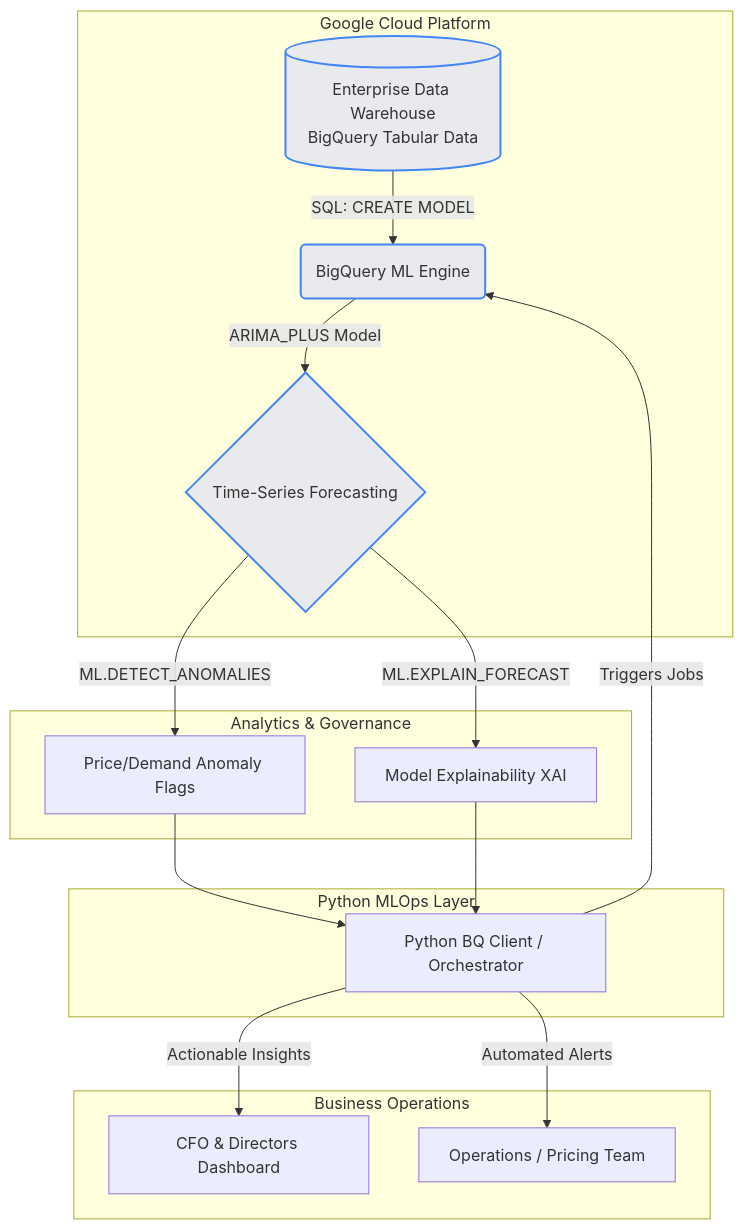
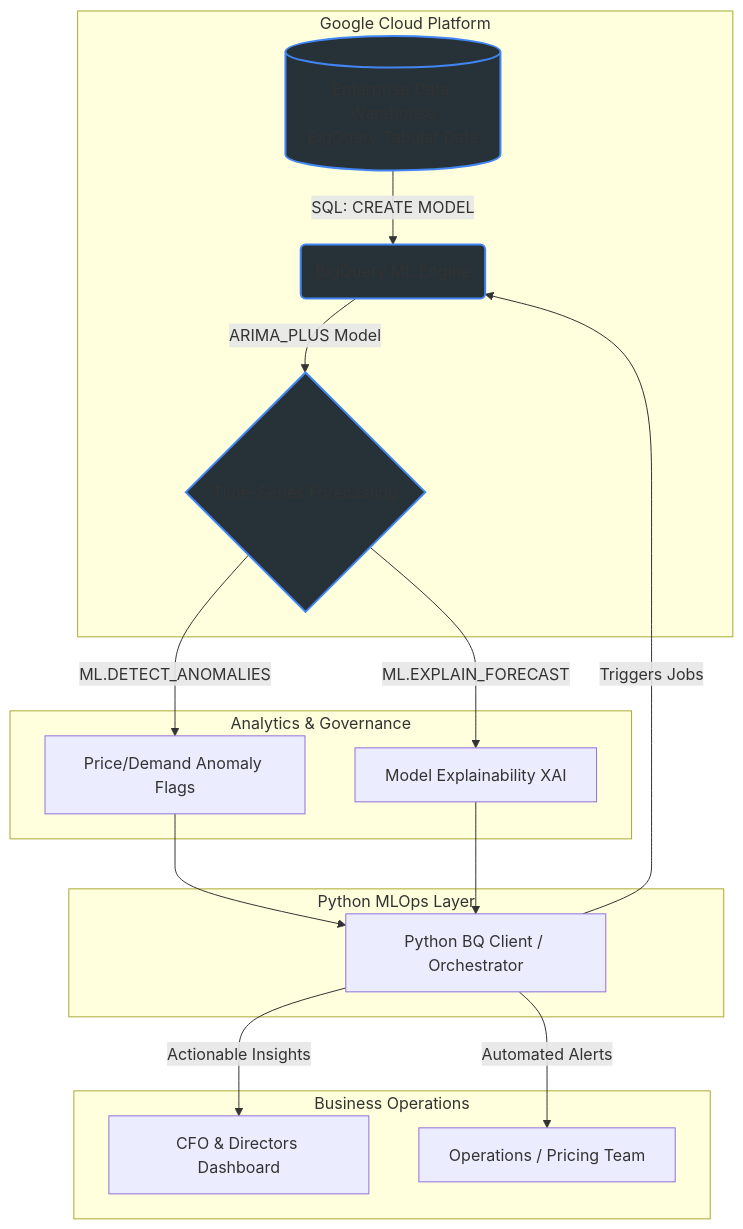
One commit to ferrosas2/helloworld changed the diagram in AI-Systems-Architecture/forecasting-anomaly-engine/README.md. Above: the diagram before and after it, drawn with Mermaid.

Commit message:
Fix GCP class definition color in architecture flow diagram in README

````diff
--- a/AI-Systems-Architecture/forecasting-anomaly-engine/README.md
+++ b/AI-Systems-Architecture/forecasting-anomaly-engine/README.md
@@ -9,26 +9,26 @@
 ```mermaid
 graph TD
     subgraph Google Cloud Platform
         A[(Enterprise Data Warehouse\nBigQuery Tabular Data)] -->|SQL: CREATE MODEL| B(BigQuery ML Engine)
         B -->|ARIMA_PLUS Model| C{Time-Series Forecasting}
     end
 
     subgraph Analytics & Governance
         C -->|ML.DETECT_ANOMALIES| D[Price/Demand Anomaly Flags]
         C -->|ML.EXPLAIN_FORECAST| E[Model Explainability XAI]
     end
 
     subgraph Python MLOps Layer
         F[Python BQ Client / Orchestrator] -->|Triggers Jobs| B
         D --> F
         E --> F
     end
 
     subgraph Business Operations
         F -->|Actionable Insights| G[CFO & Directors Dashboard]
         F -->|Automated Alerts| H[Operations / Pricing Team]
     end
     
-    classDef BQ fill:#e8eaed,stroke:#4285f4,stroke-width:2px;
+    classDef BQ fill:#263238,stroke:#4285f4,stroke-width:2px;
     class A,B,C BQ;
 ```
````
